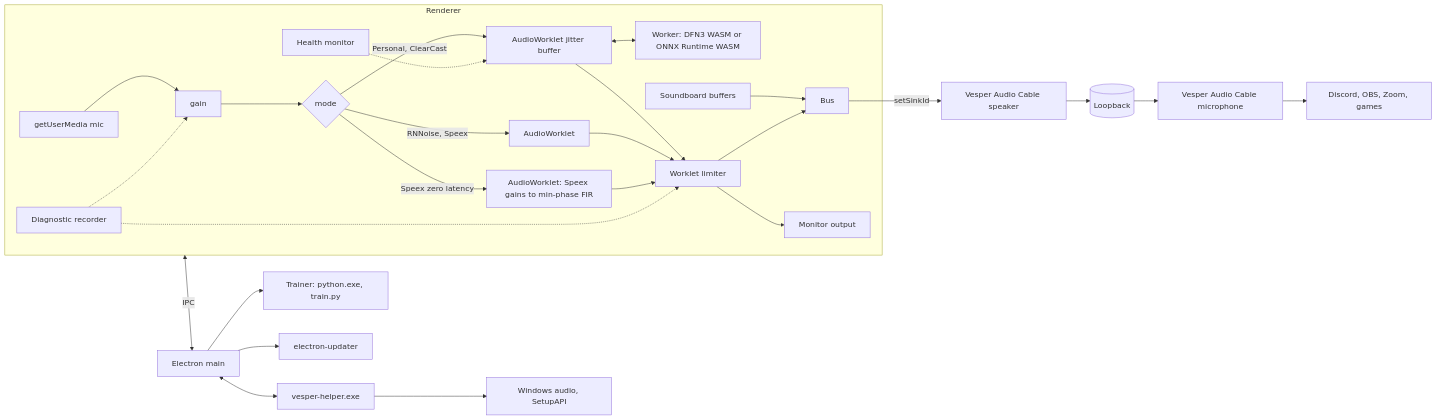
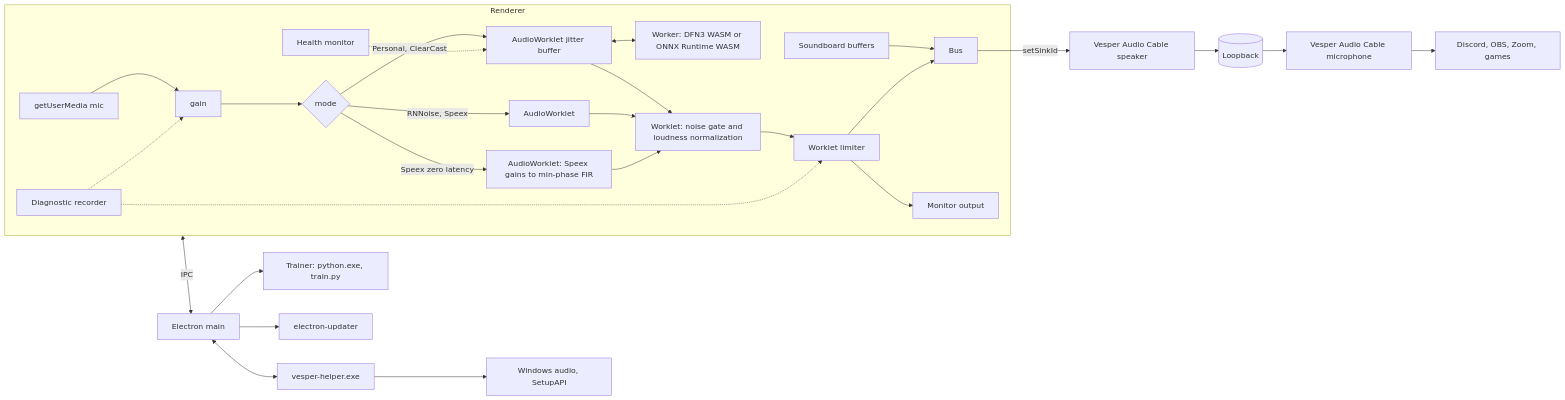
The second of 2 diagrams in README.md (AroseEditor/Vesper-Audio), drawn with Mermaid before and after one commit. The commit also changed other lines of this file and 3 other files, not shown here.

````diff
--- a/README.md
+++ b/README.md
@@ -390,27 +449,28 @@
 ```mermaid
 flowchart LR
   subgraph Renderer
     M[getUserMedia mic] --> G[gain]
     G --> D{mode}
     D -->|Personal, ClearCast| W[AudioWorklet jitter buffer] <--> K[Worker: DFN3 WASM or ONNX Runtime WASM]
     D -->|RNNoise, Speex| R[AudioWorklet]
     D -->|Speex zero latency| Z[AudioWorklet: Speex gains to min-phase FIR]
-    W --> L[Worklet limiter]
-    R --> L
-    Z --> L
+    W --> DY[Worklet: noise gate and loudness normalization]
+    R --> DY
+    Z --> DY
+    DY --> L[Worklet limiter]
     SB[Soundboard buffers] --> B
     L --> B[Bus]
     L --> MON[Monitor output]
     HM[Health monitor] -.-> W
     DG[Diagnostic recorder] -.-> G
     DG -.-> L
   end
   B -->|setSinkId| CAB[Vesper Audio Cable speaker]
   CAB --> RING[(Loopback)]
   RING --> MIC[Vesper Audio Cable microphone]
   MIC --> APP[Discord, OBS, Zoom, games]
   Renderer <-->|IPC| Main[Electron main] <--> H2[vesper-helper.exe]
   Main --> TR[Trainer: python.exe, train.py]
   Main --> UP[electron-updater]
   H2 --> WIN[Windows audio, SetupAPI]
 ```
````
